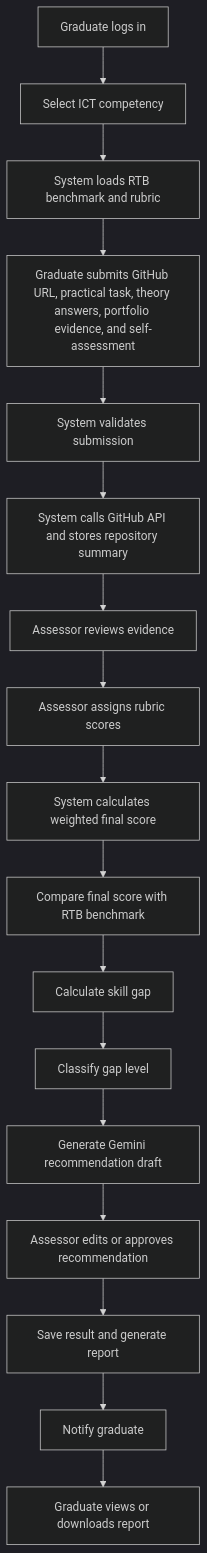
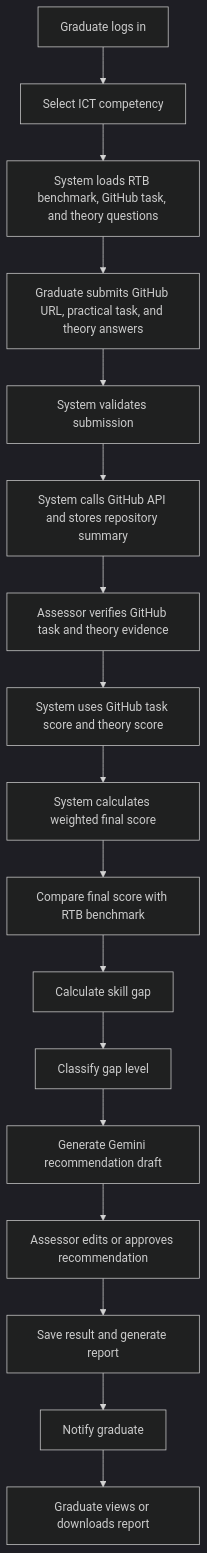
The diagram in README.md (fniyonshuti/RTB-Graduate-project), drawn with Mermaid (dark theme) before and after one commit. The commit also changed other lines of this file and 98 other files, not shown here.

````diff
--- a/README.md
+++ b/README.md
@@ -221,19 +217,19 @@
 ```mermaid
 flowchart TD
     A["Graduate logs in"] --> B["Select ICT competency"]
-    B --> C["System loads RTB benchmark and rubric"]
-    C --> D["Graduate submits GitHub URL, practical task, theory answers, portfolio evidence, and self-assessment"]
+    B --> C["System loads RTB benchmark, GitHub task, and theory questions"]
+    C --> D["Graduate submits GitHub URL, practical task, and theory answers"]
     D --> E["System validates submission"]
     E --> F["System calls GitHub API and stores repository summary"]
-    F --> G["Assessor reviews evidence"]
-    G --> H["Assessor assigns rubric scores"]
+    F --> G["Assessor verifies GitHub task and theory evidence"]
+    G --> H["System uses GitHub task score and theory score"]
     H --> I["System calculates weighted final score"]
     I --> J["Compare final score with RTB benchmark"]
     J --> K["Calculate skill gap"]
     K --> L["Classify gap level"]
     L --> M["Generate Gemini recommendation draft"]
     M --> N["Assessor edits or approves recommendation"]
     N --> O["Save result and generate report"]
     O --> P["Notify graduate"]
     P --> Q["Graduate views or downloads report"]
 ```
````
